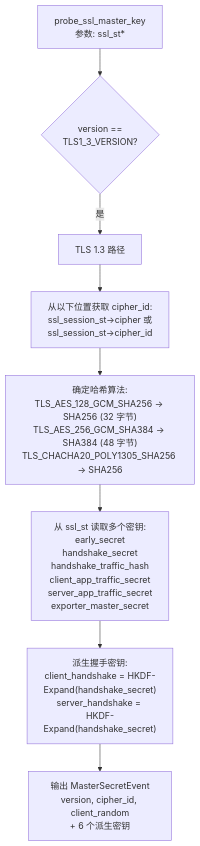
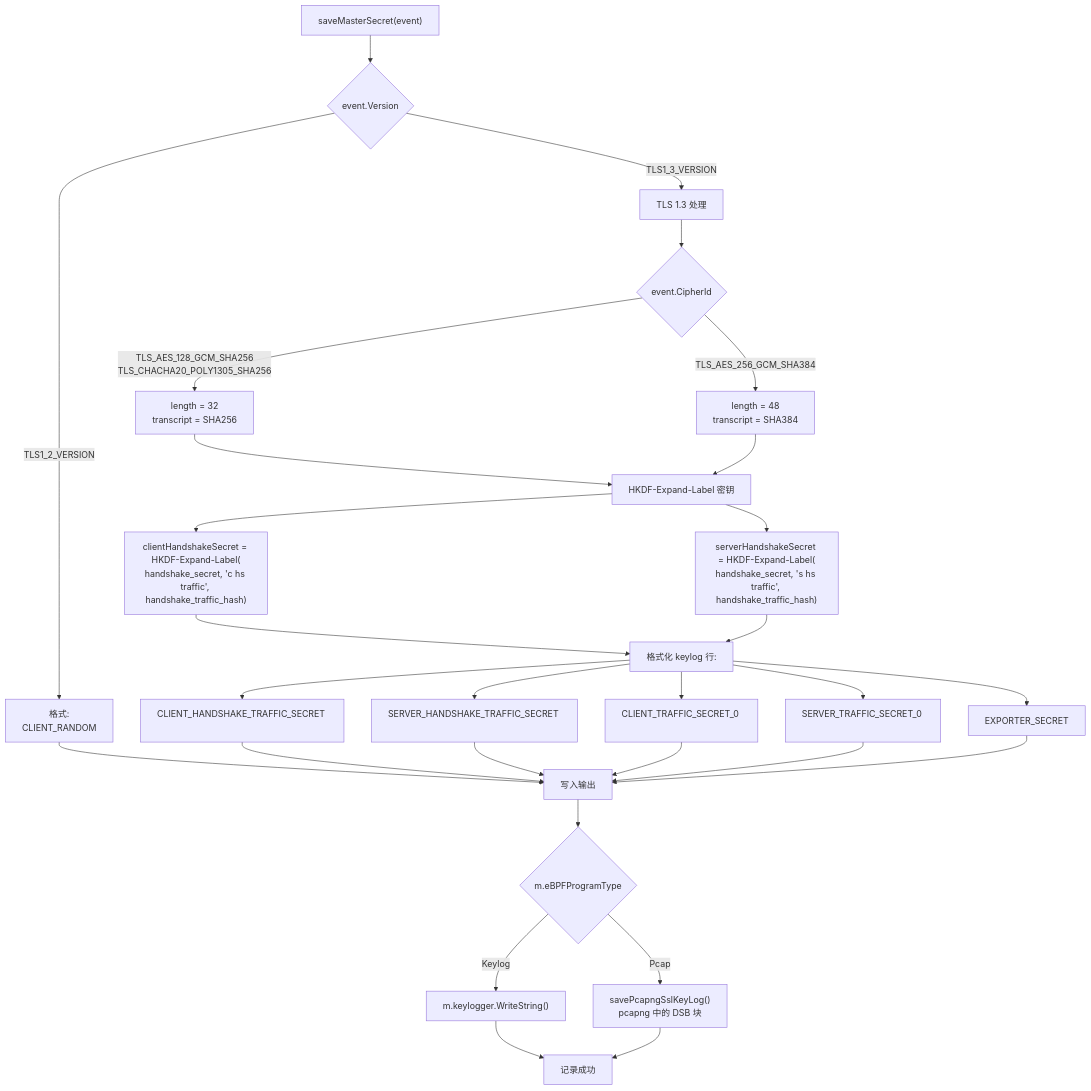
One commit to gojue/ecapture.cc changed the seventh of 11 diagrams in src/zh/3-capture-modules/3.1.1-openssl-module.md. Above: the diagram before and after it, drawn with Mermaid. The commit also changed other lines of this file and 115 other files, not shown here.

````diff
--- a/src/zh/3-capture-modules/3.1.1-openssl-module.md
+++ b/src/zh/3-capture-modules/3.1.1-openssl-module.md
@@ -361,26 +408,40 @@
 ```mermaid
-graph TB
-    ENTRY["probe_ssl_master_key<br/>参数: ssl_st*"]
+flowchart TD
+    Start["saveMasterSecret(event)"] --> CheckVersion{"event.Version"}
     
-    CHECK_VER{"version ==<br/>TLS1_3_VERSION?"}
+    CheckVersion -->|"TLS1_2_VERSION"| TLS12Format["格式:<br/>CLIENT_RANDOM <client_random> <master_key>"]
+    CheckVersion -->|"TLS1_3_VERSION"| TLS13Process["TLS 1.3 处理"]
     
-    TLS13["TLS 1.3 路径"]
+    TLS13Process --> DetermineCipher{"event.CipherId"}
+    DetermineCipher -->|"TLS_AES_128_GCM_SHA256<br/>TLS_CHACHA20_POLY1305_SHA256"| SetLen32["length = 32<br/>transcript = SHA256"]
+    DetermineCipher -->|"TLS_AES_256_GCM_SHA384"| SetLen48["length = 48<br/>transcript = SHA384"]
     
-    GET_CIPHER["从以下位置获取 cipher_id:<br/>ssl_session_st->cipher 或<br/>ssl_session_st->cipher_id"]
+    SetLen32 --> ExpandSecrets["HKDF-Expand-Label 密钥"]
+    SetLen48 --> ExpandSecrets
     
-    DETERMINE_HASH["确定哈希算法:<br/>TLS_AES_128_GCM_SHA256 → SHA256 (32 字节)<br/>TLS_AES_256_GCM_SHA384 → SHA384 (48 字节)<br/>TLS_CHACHA20_POLY1305_SHA256 → SHA256"]
+    ExpandSecrets --> ClientHS["clientHandshakeSecret = HKDF-Expand-Label(<br/>handshake_secret, 'c hs traffic', handshake_traffic_hash)"]
+    ExpandSecrets --> ServerHS["serverHandshakeSecret = HKDF-Expand-Label(<br/>handshake_secret, 's hs traffic', handshake_traffic_hash)"]
     
-    READ_SECRETS["从 ssl_st 读取多个密钥:<br/>early_secret<br/>handshake_secret<br/>handshake_traffic_hash<br/>client_app_traffic_secret<br/>server_app_traffic_secret<br/>exporter_master_secret"]
+    ClientHS --> FormatLines["格式化 keylog 行:"]
+    ServerHS --> FormatLines
     
-    DERIVE["派生握手密钥:<br/>client_handshake = HKDF-Expand(handshake_secret)<br/>server_handshake = HKDF-Expand(handshake_secret)"]
+    FormatLines --> Line1["CLIENT_HANDSHAKE_TRAFFIC_SECRET <cr> <chs>"]
+    FormatLines --> Line2["SERVER_HANDSHAKE_TRAFFIC_SECRET <cr> <shs>"]
+    FormatLines --> Line3["CLIENT_TRAFFIC_SECRET_0 <cr> <cats>"]
+    FormatLines --> Line4["SERVER_TRAFFIC_SECRET_0 <cr> <sats>"]
+    FormatLines --> Line5["EXPORTER_SECRET <cr> <ems>"]
     
-    OUTPUT_TLS13["输出 MasterSecretEvent<br/>version, cipher_id, client_random<br/>+ 6 个派生密钥"]
+    TLS12Format --> WriteOutput["写入输出"]
+    Line1 --> WriteOutput
+    Line2 --> WriteOutput
+    Line3 --> WriteOutput
+    Line4 --> WriteOutput
+    Line5 --> WriteOutput
     
-    ENTRY --> CHECK_VER
-    CHECK_VER -->|是| TLS13
-    TLS13 --> GET_CIPHER
-    GET_CIPHER --> DETERMINE_HASH
-    DETERMINE_HASH --> READ_SECRETS
-    READ_SECRETS --> DERIVE
-    DERIVE --> OUTPUT_TLS13
+    WriteOutput --> CheckMode{"m.eBPFProgramType"}
+    CheckMode -->|"Keylog"| WriteFile["m.keylogger.WriteString()"]
+    CheckMode -->|"Pcap"| WriteDSB["savePcapngSslKeyLog()<br/>pcapng 中的 DSB 块"]
+    
+    WriteFile --> End["记录成功"]
+    WriteDSB --> End
 ```
````
